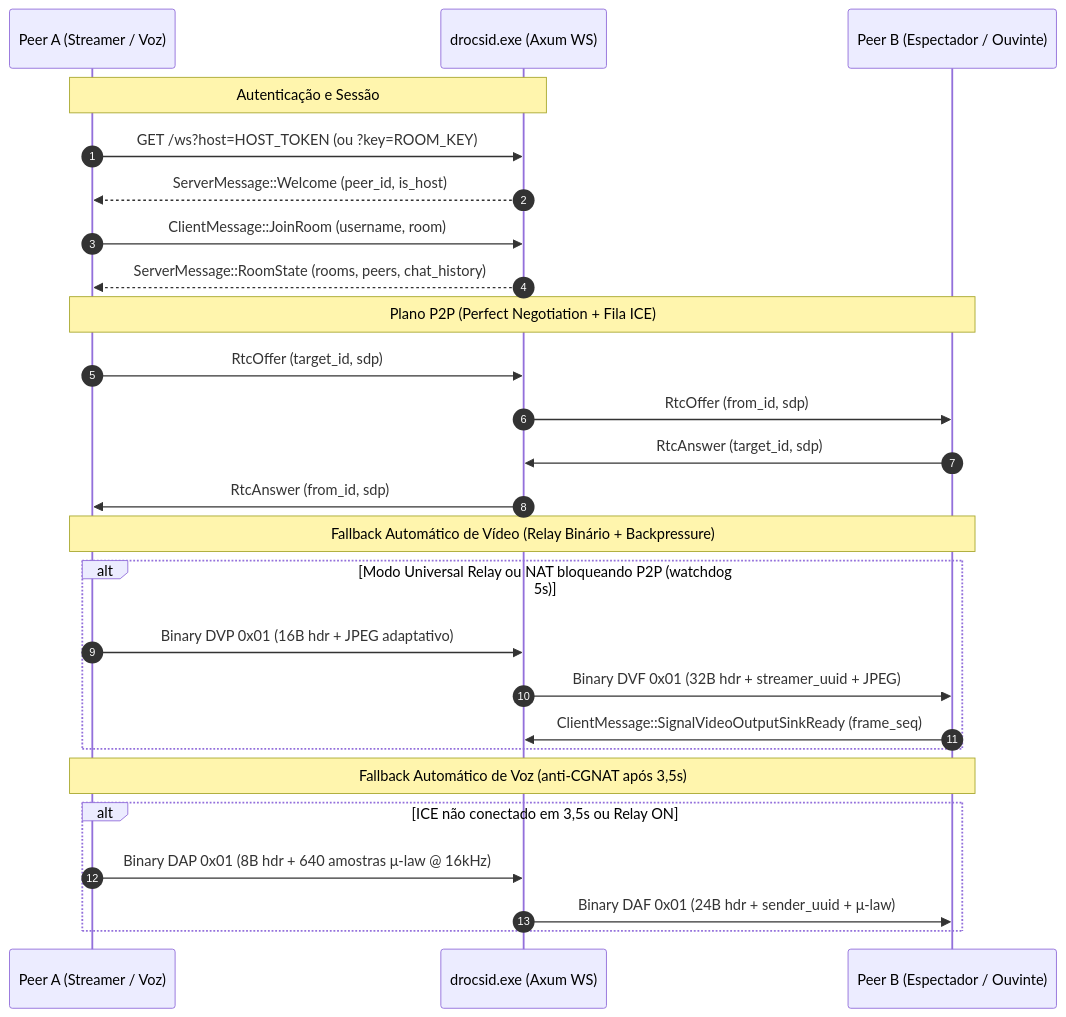
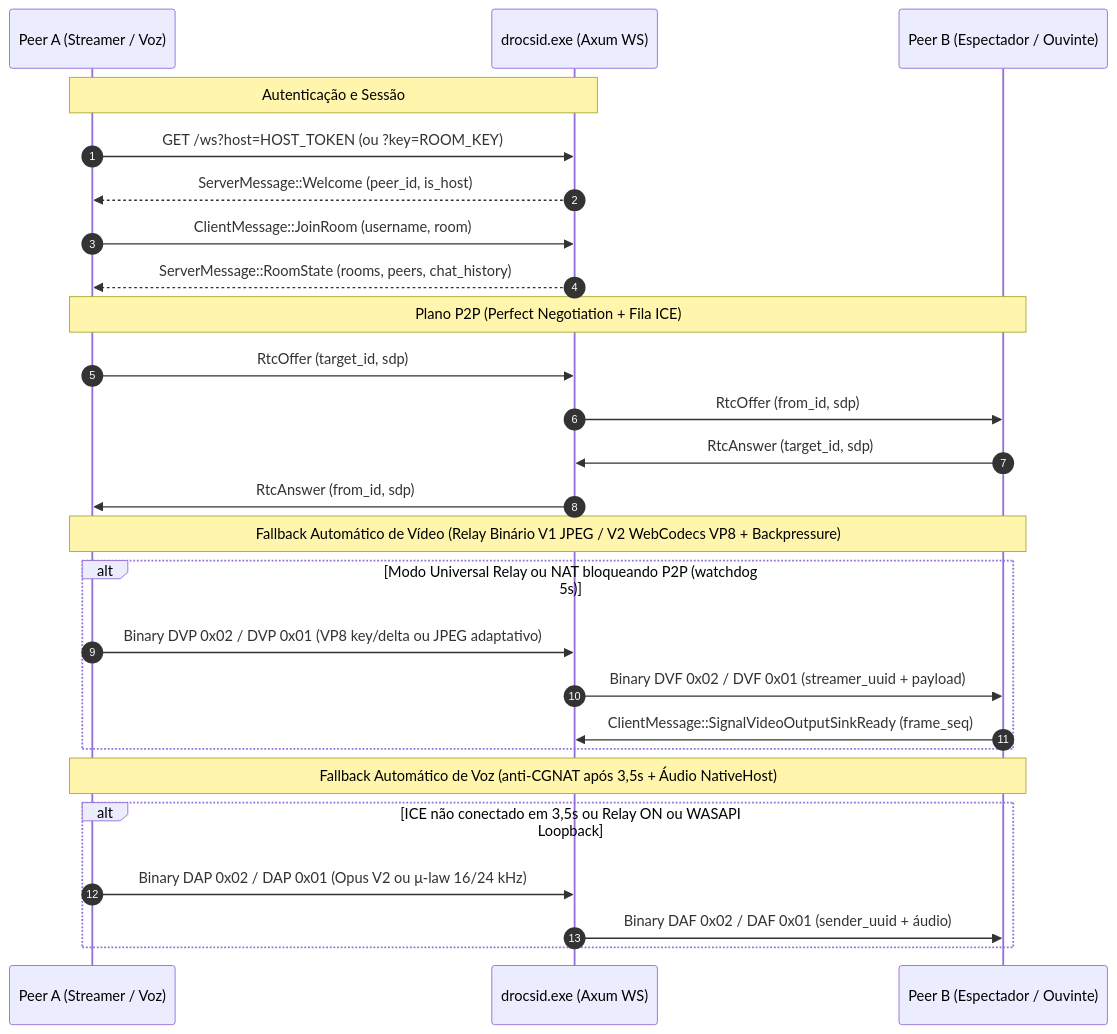
Before and after one commit to thurzyn001/Drocsid: the second of 3 diagrams in ARCHITECTURE.md, drawn with Mermaid. The commit also changed other lines of this file and 44 other files, not shown here.

Commit message:
v0.4.0: implementar as 10 melhorias de UI, áudio/vídeo, captura DXGI/WASAPI e moderação

````diff
--- a/ARCHITECTURE.md
+++ b/ARCHITECTURE.md
@@ -111,32 +114,32 @@
 ```mermaid
 sequenceDiagram
     autonumber
     participant C1 as Peer A (Streamer / Voz)
     participant S as drocsid.exe (Axum WS)
     participant C2 as Peer B (Espectador / Ouvinte)
 
     Note over C1,S: Autenticação e Sessão
     C1->>S: GET /ws?host=HOST_TOKEN (ou ?key=ROOM_KEY)
     S-->>C1: ServerMessage::Welcome (peer_id, is_host)
     C1->>S: ClientMessage::JoinRoom (username, room)
     S-->>C1: ServerMessage::RoomState (rooms, peers, chat_history)
 
     Note over C1,C2: Plano P2P (Perfect Negotiation + Fila ICE)
     C1->>S: RtcOffer (target_id, sdp)
     S->>C2: RtcOffer (from_id, sdp)
     C2->>S: RtcAnswer (target_id, sdp)
     S->>C1: RtcAnswer (from_id, sdp)
 
-    Note over C1,C2: Fallback Automático de Vídeo (Relay Binário + Backpressure)
+    Note over C1,C2: Fallback Automático de Vídeo (Relay Binário V1 JPEG / V2 WebCodecs VP8 + Backpressure)
     alt Modo Universal Relay ou NAT bloqueando P2P (watchdog 5s)
-        C1->>S: Binary DVP 0x01 (16B hdr + JPEG adaptativo)
-        S->>C2: Binary DVF 0x01 (32B hdr + streamer_uuid + JPEG)
+        C1->>S: Binary DVP 0x02 / DVP 0x01 (VP8 key/delta ou JPEG adaptativo)
+        S->>C2: Binary DVF 0x02 / DVF 0x01 (streamer_uuid + payload)
         C2->>S: ClientMessage::SignalVideoOutputSinkReady (frame_seq)
     end
 
-    Note over C1,C2: Fallback Automático de Voz (anti-CGNAT após 3,5s)
-    alt ICE não conectado em 3,5s ou Relay ON
-        C1->>S: Binary DAP 0x01 (8B hdr + 640 amostras μ-law @ 16kHz)
-        S->>C2: Binary DAF 0x01 (24B hdr + sender_uuid + μ-law)
+    Note over C1,C2: Fallback Automático de Voz (anti-CGNAT após 3,5s + Áudio NativeHost)
+    alt ICE não conectado em 3,5s ou Relay ON ou WASAPI Loopback
+        C1->>S: Binary DAP 0x02 / DAP 0x01 (Opus V2 ou μ-law 16/24 kHz)
+        S->>C2: Binary DAF 0x02 / DAF 0x01 (sender_uuid + áudio)
     end
 ```
````
